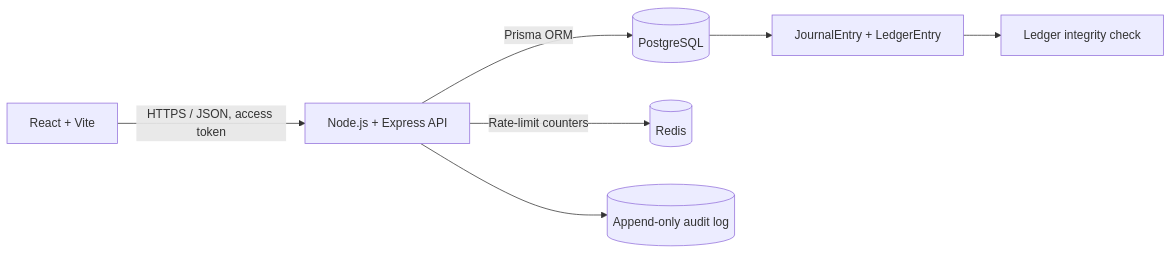
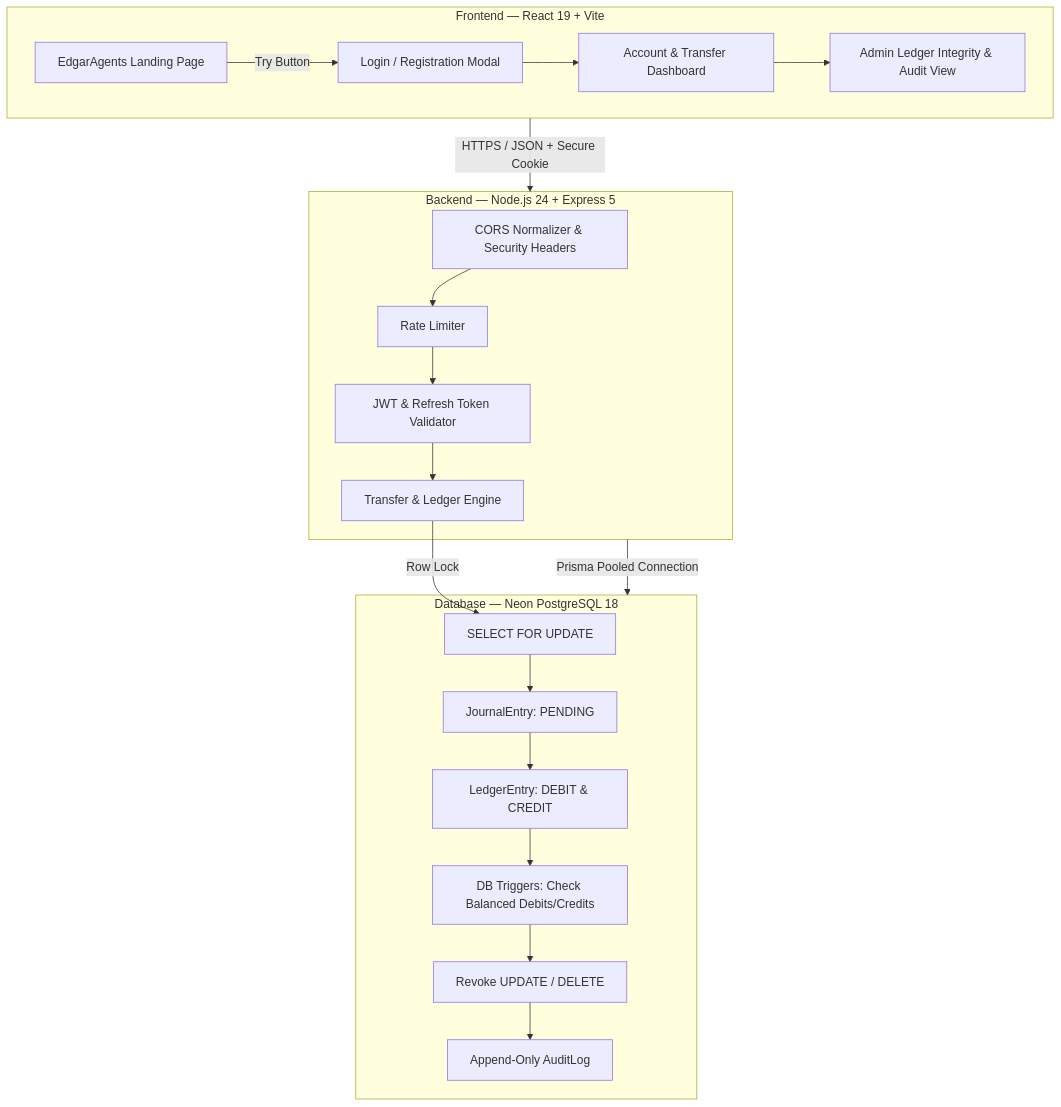
Before and after one commit to sampath-create/snovasys: the diagram in README.md, drawn with Mermaid. The commit also changed other lines of this file and 2 other files, not shown here.

````diff
--- a/README.md
+++ b/README.md
@@ -21,9 +96,26 @@
 ```mermaid
-flowchart LR
-  Browser[React + Vite] -->|HTTPS / JSON, access token| API[Node.js + Express API]
-  API -->|Prisma ORM| DB[(PostgreSQL)]
-  API -->|Rate-limit counters| Redis[(Redis)]
-  API --> Audit[(Append-only audit log)]
-  DB --> Ledger[JournalEntry + LedgerEntry]
-  Ledger --> Integrity[Ledger integrity check]
+flowchart TD
+  subgraph Client [Frontend — React 19 + Vite]
+    LP[EdgarAgents Landing Page] -->|Try Button| Auth[Login / Registration Modal]
+    Auth --> AppUI[Account & Transfer Dashboard]
+    AppUI --> AdminUI[Admin Ledger Integrity & Audit View]
+  end
+
+  subgraph API [Backend — Node.js 24 + Express 5]
+    CORS[CORS Normalizer & Security Headers] --> Limiter[Rate Limiter]
+    Limiter --> AuthMid[JWT & Refresh Token Validator]
+    AuthMid --> TransferEngine[Transfer & Ledger Engine]
+  end
+
+  subgraph DB [Database — Neon PostgreSQL 18]
+    TransferEngine -->|Row Lock| Lock[SELECT FOR UPDATE]
+    Lock --> Journal[JournalEntry: PENDING]
+    Journal --> Ledger[LedgerEntry: DEBIT & CREDIT]
+    Ledger --> Triggers[DB Triggers: Check Balanced Debits/Credits]
+    Triggers --> Immutability[Revoke UPDATE / DELETE]
+    Immutability --> Audit[Append-Only AuditLog]
+  end
+
+  Client -->|HTTPS / JSON + Secure Cookie| API
+  API -->|Prisma Pooled Connection| DB
 ```
````
